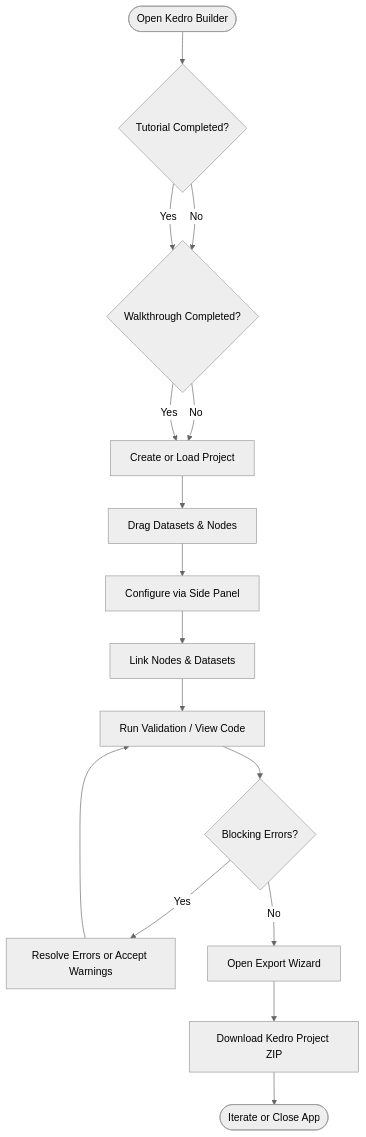
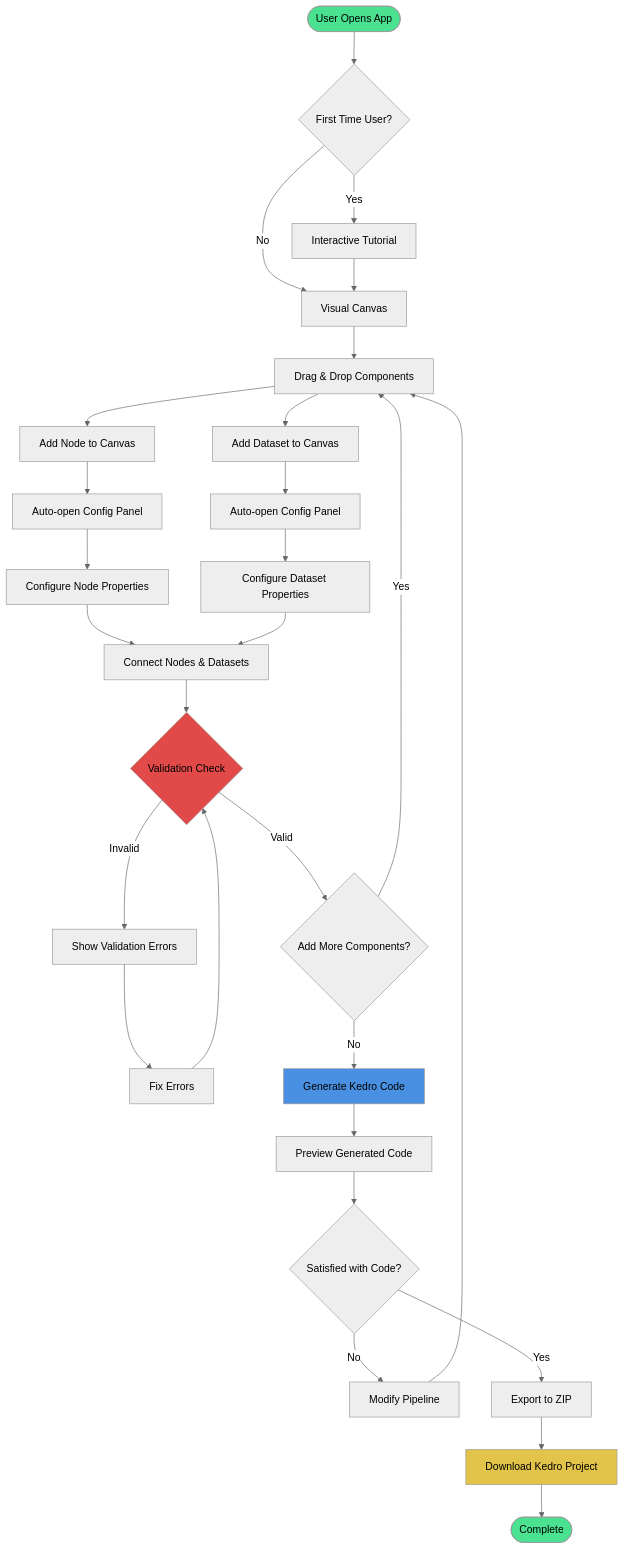
One commit to kedro-org/kedro-builder changed the second of 4 diagrams in PROJECT_ARCHITECTURE.md. Above: the diagram before and after it, drawn with Mermaid (neutral theme). The commit also changed other lines of this file, not shown here.

Commit message:
PROJECT_ARCHITECTURE updated

````diff
--- a/PROJECT_ARCHITECTURE.md
+++ b/PROJECT_ARCHITECTURE.md
@@ -136,29 +148,51 @@
 ```mermaid
 flowchart TD
-    Start([Open Kedro Builder])
-    Tutorial{Tutorial Completed?}
-    Walkthrough{Walkthrough Completed?}
-    ProjectSetup[Create or Load Project]
-    Canvas[Drag Datasets & Nodes]
-    Configure[Configure via Side Panel]
-    Connect[Link Nodes & Datasets]
-    Validate[Run Validation / View Code]
-    Errors{Blocking Errors?}
-    Fix[Resolve Errors or Accept Warnings]
-    Export[Open Export Wizard]
-    Download[Download Kedro Project ZIP]
-    Iterate([Iterate or Close App])
-
-    Start --> Tutorial
-    Tutorial -- No --> Walkthrough
-    Tutorial -- Yes --> Walkthrough
-    Walkthrough -- No --> ProjectSetup
-    Walkthrough -- Yes --> ProjectSetup
-    ProjectSetup --> Canvas
-    Canvas --> Configure
-    Configure --> Connect
-    Connect --> Validate
-    Validate --> Errors
-    Errors -- Yes --> Fix --> Validate
-    Errors -- No --> Export --> Download --> Iterate
+    Start([User Opens App]) --> Tutorial{First Time User?}
+    
+    Tutorial -->|Yes| TutorialMode[Interactive Tutorial]
+    Tutorial -->|No| Canvas[Visual Canvas]
+    
+    TutorialMode --> Canvas
+    
+    Canvas --> DragDrop[Drag & Drop Components]
+    
+    DragDrop --> AddNode[Add Node to Canvas]
+    DragDrop --> AddDataset[Add Dataset to Canvas]
+    
+    AddNode --> AutoConfig1[Auto-open Config Panel]
+    AddDataset --> AutoConfig2[Auto-open Config Panel]
+    
+    AutoConfig1 --> ConfigNode[Configure Node Properties]
+    AutoConfig2 --> ConfigDataset[Configure Dataset Properties]
+    
+    ConfigNode --> Connect[Connect Nodes & Datasets]
+    ConfigDataset --> Connect
+    
+    Connect --> Validate{Validation Check}
+    
+    Validate -->|Invalid| ShowErrors[Show Validation Errors]
+    ShowErrors --> FixErrors[Fix Errors]
+    FixErrors --> Validate
+    
+    Validate -->|Valid| MoreComponents{Add More Components?}
+    
+    MoreComponents -->|Yes| DragDrop
+    MoreComponents -->|No| Generate[Generate Kedro Code]
+    
+    Generate --> Preview[Preview Generated Code]
+    
+    Preview --> Satisfied{Satisfied with Code?}
+    
+    Satisfied -->|No| Modify[Modify Pipeline]
+    Modify --> DragDrop
+    
+    Satisfied -->|Yes| Export[Export to ZIP]
+    Export --> Download[Download Kedro Project]
+    Download --> End([Complete])
+    
+    style Start fill:#4AE290
+    style End fill:#4AE290
+    style Validate fill:#E24A4A
+    style Generate fill:#4A90E2
+    style Download fill:#E2C44A
 ```
````
